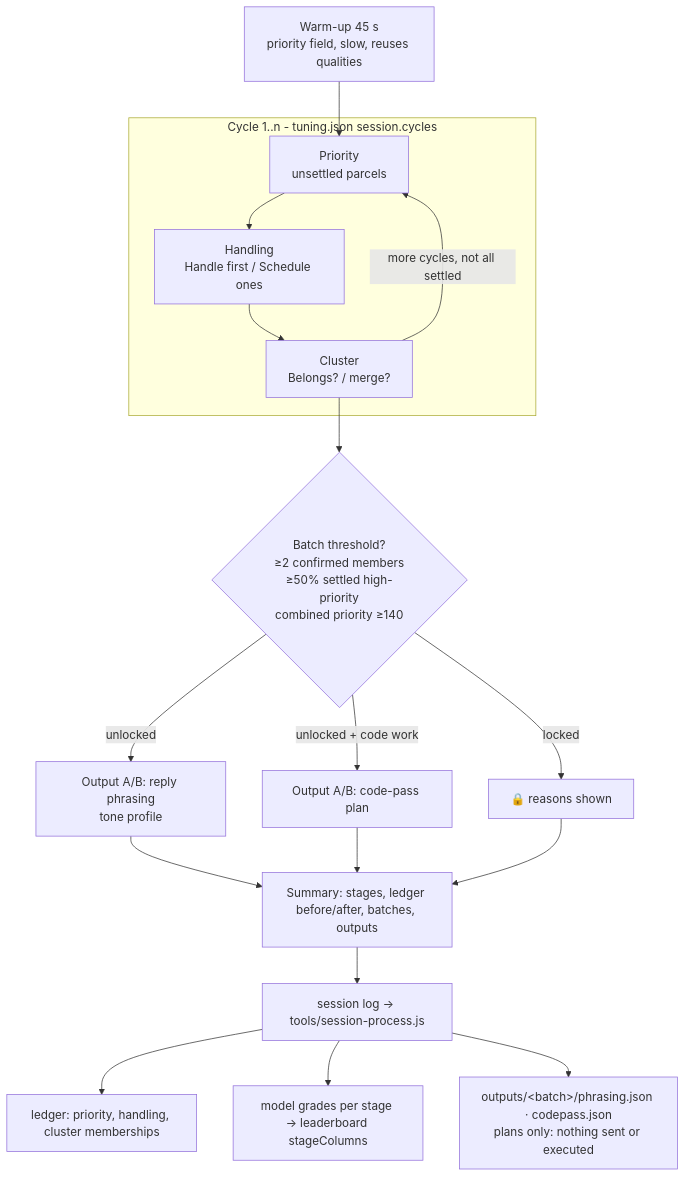
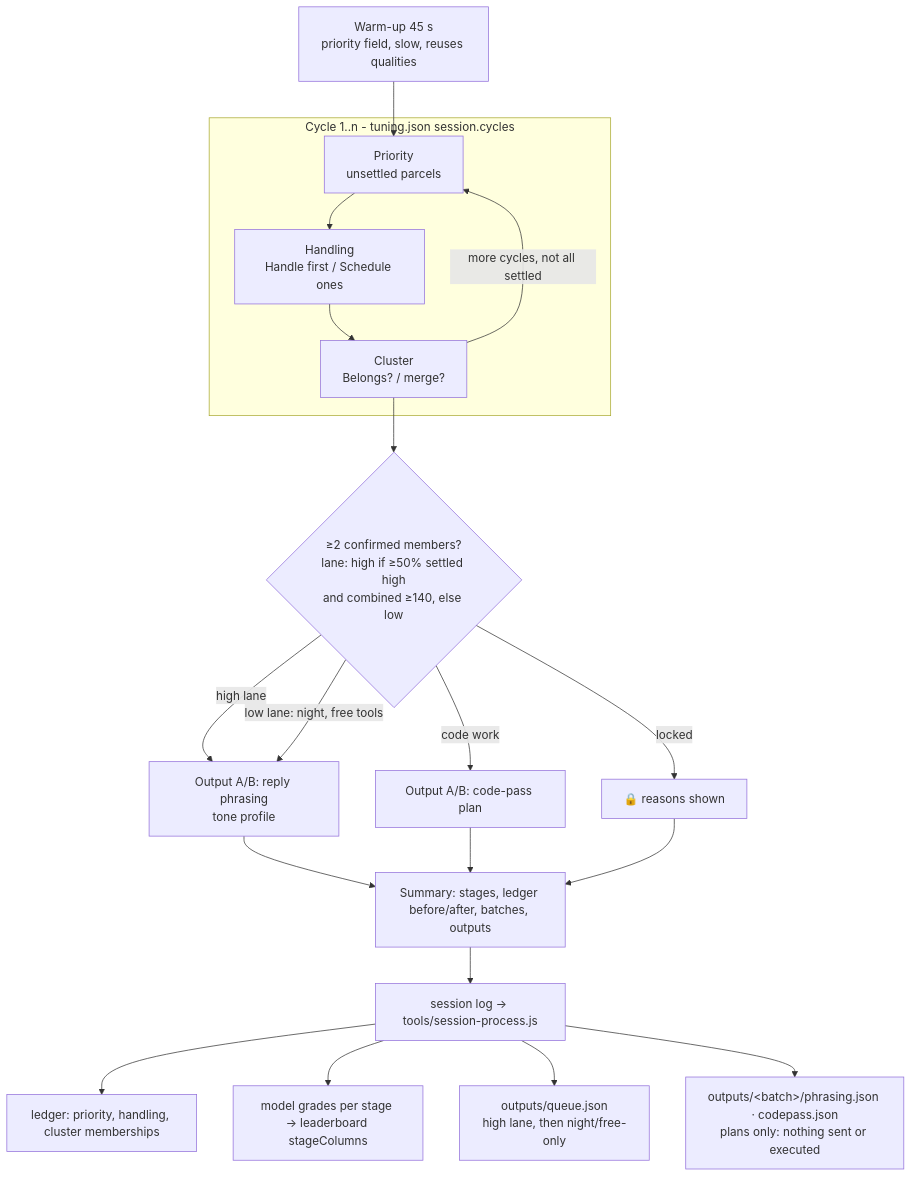
The diagram in games/parcels/SESSION.md (markus-grokbot/markus-grokbot.github.io), drawn with Mermaid before and after one commit. The commit also changed other lines of this file and 9 other files, not shown here.

Commit message:
Parcel Panic: batch lanes (high vs low night/free-only), plan-only outputs/queue.json + QUEUE.md

````diff
--- a/games/parcels/SESSION.md
+++ b/games/parcels/SESSION.md
@@ -5,19 +5,21 @@
 ```mermaid
 flowchart TD
   W[Warm-up 45 s<br/>priority field, slow, reuses qualities] --> P1
   subgraph C1[Cycle 1..n  - tuning.json session.cycles]
     P1[Priority<br/>unsettled parcels] --> H1[Handling<br/>Handle first / Schedule ones] --> K1[Cluster<br/>Belongs? / merge?]
   end
   K1 -->|more cycles, not all settled| P1
-  K1 --> T{Batch threshold?<br/>≥2 confirmed members<br/>≥50% settled high-priority<br/>combined priority ≥140}
-  T -->|unlocked| O1[Output A/B: reply phrasing<br/>tone profile]
-  T -->|unlocked + code work| O2[Output A/B: code-pass plan]
+  K1 --> T{≥2 confirmed members?<br/>lane: high if ≥50% settled high<br/>and combined ≥140, else low}
+  T -->|high lane| O1[Output A/B: reply phrasing<br/>tone profile]
+  T -->|low lane: night, free tools| O1
+  T -->|code work| O2[Output A/B: code-pass plan]
   T -->|locked| L[🔒 reasons shown]
   O1 --> S[Summary: stages, ledger before/after, batches, outputs]
   O2 --> S
   L --> S
   S --> X[session log → tools/session-process.js]
   X --> LG[ledger: priority, handling, cluster memberships]
   X --> GR[model grades per stage → leaderboard stageColumns]
+  X --> Q[outputs/queue.json<br/>high lane, then night/free-only]
   X --> OUT[outputs/&lt;batch&gt;/phrasing.json · codepass.json<br/>plans only: nothing sent or executed]
 ```
````
